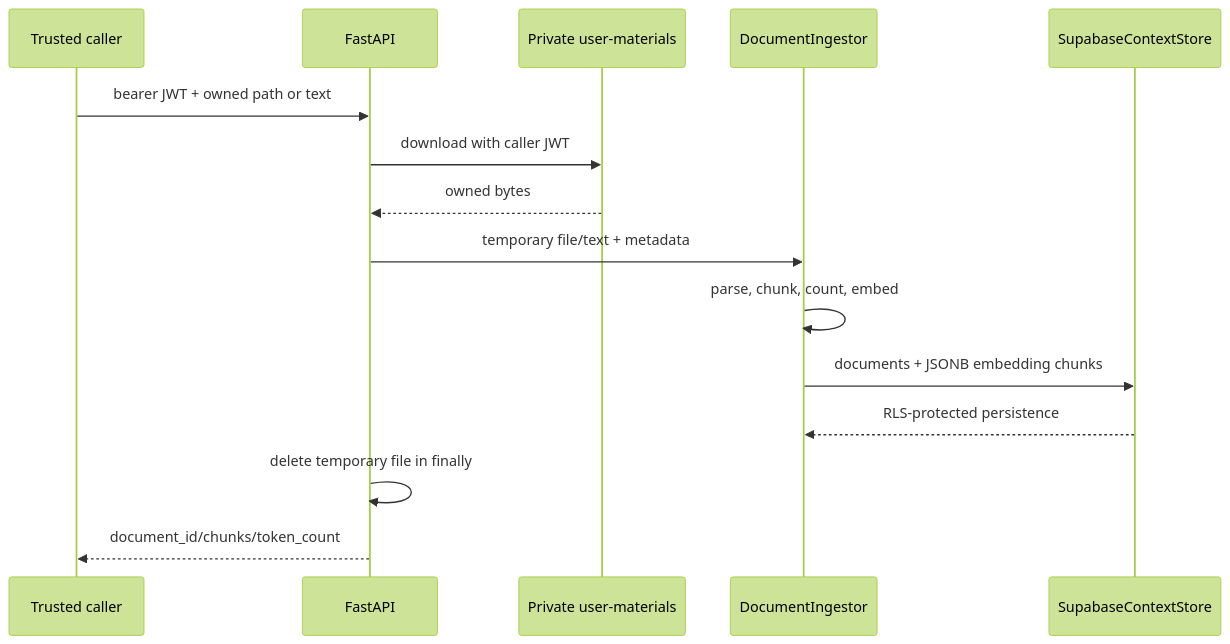
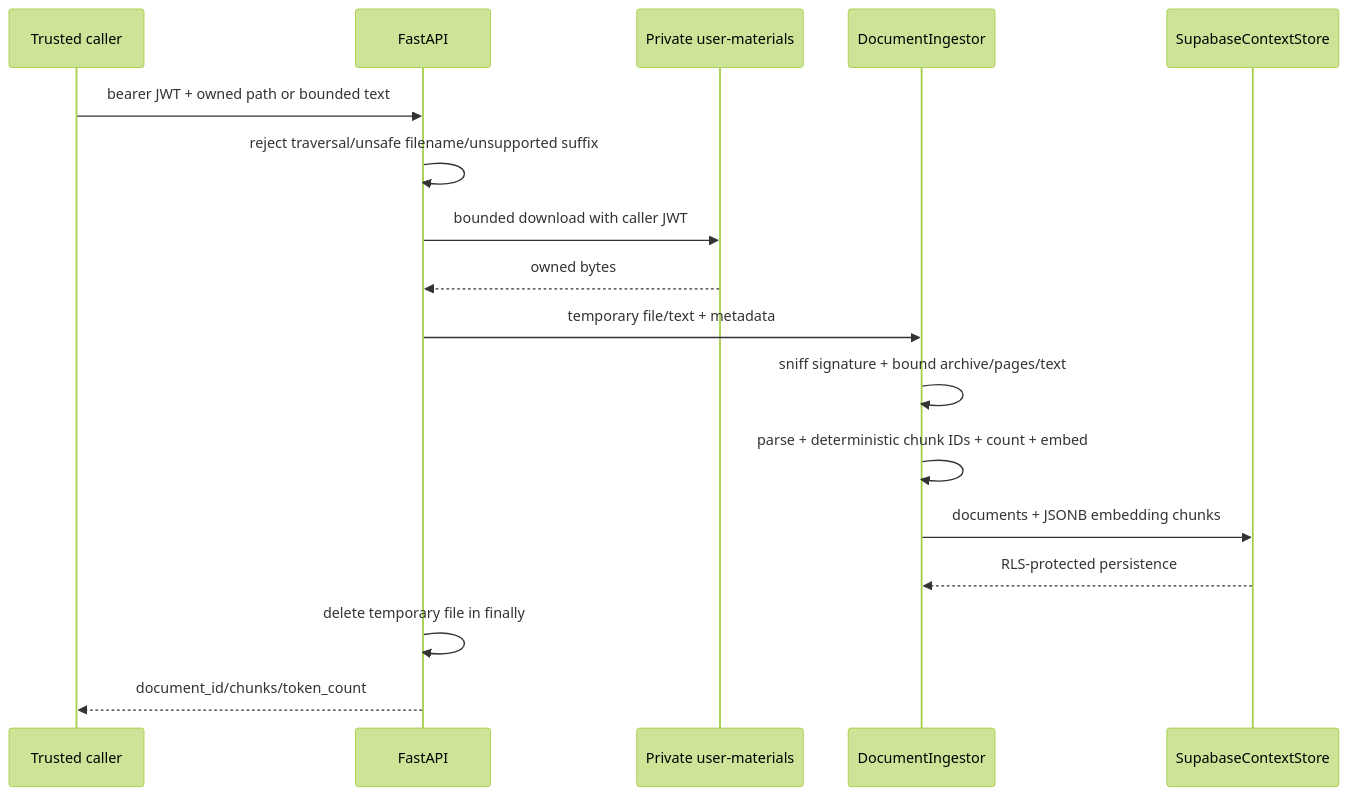
Before and after one commit to keyshavmor/study-swiss-star: the diagram in lovabledocs/sequences/DOCUMENT_INDEXING.mmd, drawn with Mermaid (forest theme). The commit also changed 43 other files, not shown here.

```diff
--- a/lovabledocs/sequences/DOCUMENT_INDEXING.mmd
+++ b/lovabledocs/sequences/DOCUMENT_INDEXING.mmd
@@ -1,16 +1,18 @@
 %% Status: CURRENT — backend implemented, UI trigger not wired
 sequenceDiagram
   participant Caller as Trusted caller
   participant API as FastAPI
   participant Storage as Private user-materials
   participant Parser as DocumentIngestor
   participant Store as SupabaseContextStore
-  Caller->>API: bearer JWT + owned path or text
-  API->>Storage: download with caller JWT
+  Caller->>API: bearer JWT + owned path or bounded text
+  API->>API: reject traversal/unsafe filename/unsupported suffix
+  API->>Storage: bounded download with caller JWT
   Storage-->>API: owned bytes
   API->>Parser: temporary file/text + metadata
-  Parser->>Parser: parse, chunk, count, embed
+  Parser->>Parser: sniff signature + bound archive/pages/text
+  Parser->>Parser: parse + deterministic chunk IDs + count + embed
   Parser->>Store: documents + JSONB embedding chunks
   Store-->>Parser: RLS-protected persistence
   API->>API: delete temporary file in finally
   API-->>Caller: document_id/chunks/token_count
```
